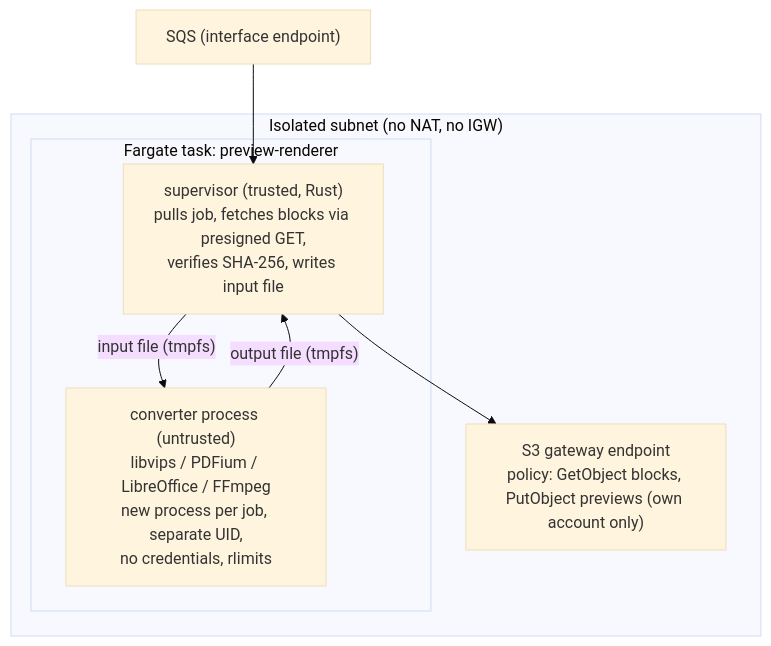
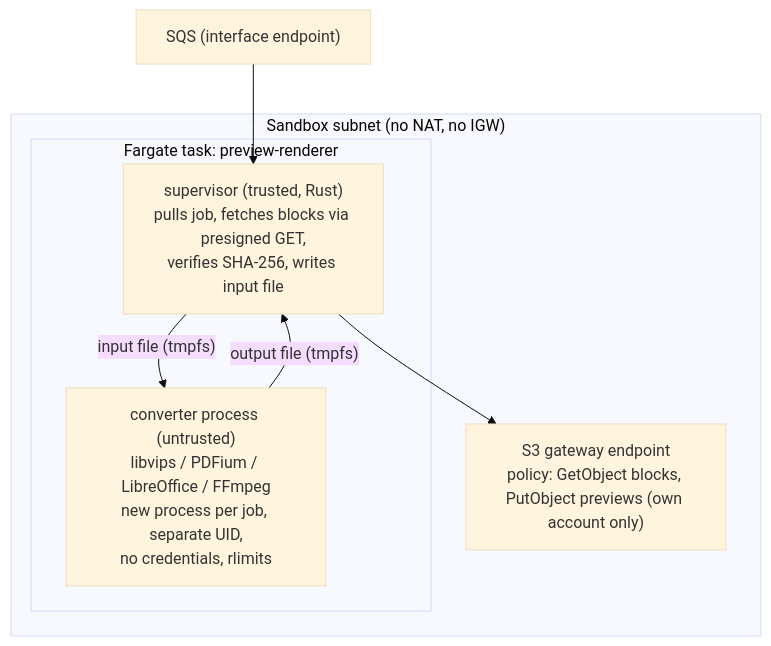
The second of 3 diagrams in systems/dropbox/docs/architecture/previews-and-thumbnails.md (shoito/rebuilds), drawn with Mermaid (base theme) before and after one commit. The commit also changed other lines of this file and 38 other files, not shown here.

````diff
--- a/systems/dropbox/docs/architecture/previews-and-thumbnails.md
+++ b/systems/dropbox/docs/architecture/previews-and-thumbnails.md
@@ -100,14 +100,14 @@
 ```mermaid
 flowchart TB
-  subgraph AZ["Isolated subnet (no NAT, no IGW)"]
+  subgraph AZ["Sandbox subnet (no NAT, no IGW)"]
     subgraph T["Fargate task: preview-renderer"]
       SUP["supervisor (trusted, Rust)<br/>pulls job, fetches blocks via presigned GET,<br/>verifies SHA-256, writes input file"]
       CONV["converter process (untrusted)<br/>libvips / PDFium / LibreOffice / FFmpeg<br/>new process per job, separate UID,<br/>no credentials, rlimits"]
       SUP -- "input file (tmpfs)" --> CONV
       CONV -- "output file (tmpfs)" --> SUP
     end
     EP["S3 gateway endpoint<br/>policy: GetObject blocks, PutObject previews (own account only)"]
   end
   SQS["SQS (interface endpoint)"] --> SUP
   SUP --> EP
 ```
````
